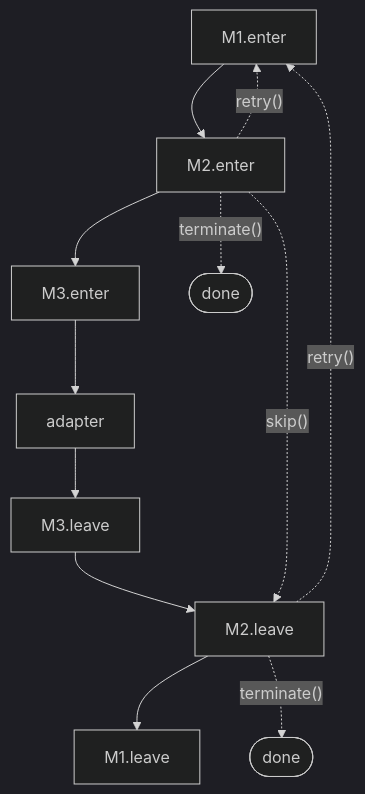
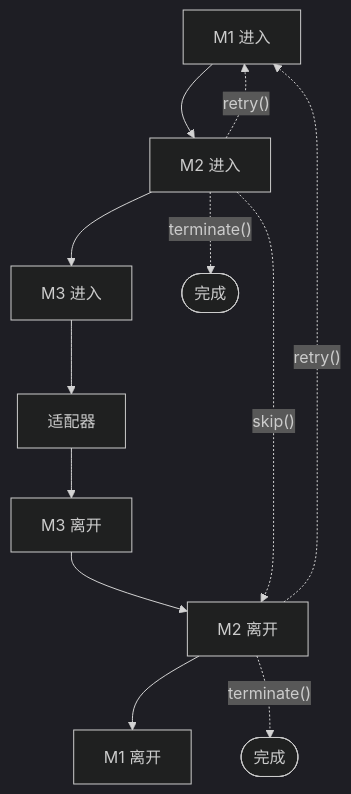
The second of 3 diagrams in docs/zh/guide/pipeline.md (xtwis/ohnet), drawn with Mermaid (dark theme) before and after one commit. The commit also changed other lines of this file and 45 other files, not shown here.

````diff
--- a/docs/zh/guide/pipeline.md
+++ b/docs/zh/guide/pipeline.md
@@ -59,14 +59,14 @@
 ```mermaid
 flowchart TD
-    E1[M1.enter] --> E2[M2.enter] --> E3[M3.enter] --> A[adapter]
-    A --> L3[M3.leave] --> L2[M2.leave] --> L1[M1.leave]
+    E1[M1 进入] --> E2[M2 进入] --> E3[M3 进入] --> A[适配器]
+    A --> L3[M3 离开] --> L2[M2 离开] --> L1[M1 离开]
 
-    Done1(["done"])
-    Done2(["done"])
+    Done1(["完成"])
+    Done2(["完成"])
 
     E2 -.->|"skip()"| L2
     E2 -.->|"terminate()"| Done1
     L2 -.->|"terminate()"| Done2
     E2 -.->|"retry()"| E1
     L2 -.->|"retry()"| E1
 ```
````
